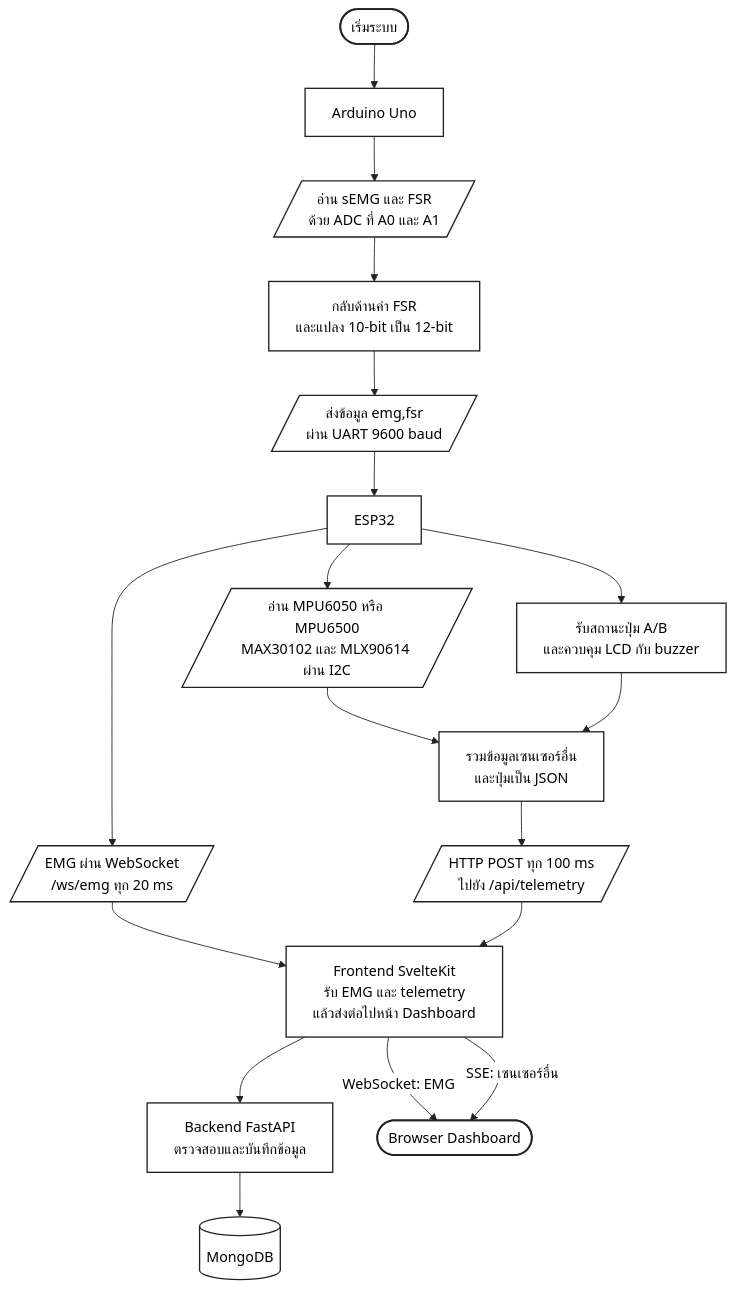
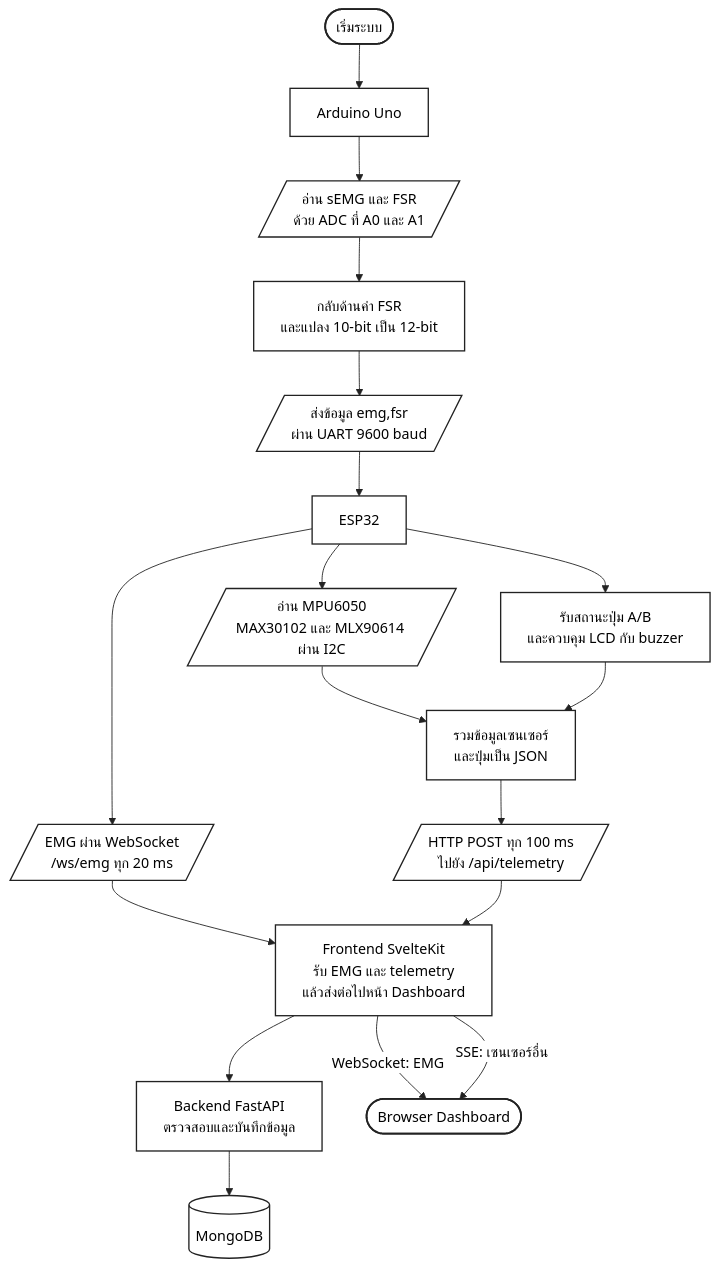
The first of 3 diagrams in report/flowchart.md (Fishcanwalk/muscle-activity-analyzer), drawn with Mermaid before and after one commit. The commit also changed other lines of this file, not shown here.

Commit message:
docs: update flowchart diagram in report

````diff
--- a/report/flowchart.md
+++ b/report/flowchart.md
@@ -14,44 +14,44 @@
 ```mermaid
 %%{init: {"theme":"base", "themeVariables": {"background":"#ffffff", "primaryColor":"#ffffff", "primaryTextColor":"#000000", "primaryBorderColor":"#222222", "lineColor":"#222222", "secondaryColor":"#ffffff", "tertiaryColor":"#ffffff", "fontFamily":"Arial"}}}%%
 flowchart TD
     Start([เริ่มระบบ])
     Uno[Arduino Uno]
     ReadAnalog[/อ่าน sEMG และ FSR<br/>ด้วย ADC ที่ A0 และ A1/]
     Scale[กลับด้านค่า FSR<br/>และแปลง 10-bit เป็น 12-bit]
     UART[/ส่งข้อมูล emg,fsr<br/>ผ่าน UART 9600 baud/]
     ESP[ESP32]
-    ReadI2C[/อ่าน MPU6050 หรือ MPU6500<br/>MAX30102 และ MLX90614 ผ่าน I2C/]
+    ReadI2C[/อ่าน MPU6050<br/>MAX30102 และ MLX90614 ผ่าน I2C/]
     Inputs[รับสถานะปุ่ม A/B<br/>และควบคุม LCD กับ buzzer]
     EmgWS[/"EMG ผ่าน WebSocket<br/>/ws/emg ทุก 20 ms"/]
-    Telemetry[รวมข้อมูลเซนเซอร์อื่น<br/>และปุ่มเป็น JSON]
+    Telemetry[รวมข้อมูลเซนเซอร์<br/>และปุ่มเป็น JSON]
     HTTP[/"HTTP POST ทุก 100 ms<br/>ไปยัง /api/telemetry"/]
     Web[Frontend SvelteKit<br/>รับ EMG และ telemetry<br/>แล้วส่งต่อไปหน้า Dashboard]
     Backend[Backend FastAPI<br/>ตรวจสอบและบันทึกข้อมูล]
     Mongo[(MongoDB)]
     Browser([Browser Dashboard])
 
     Start --> Uno
     Uno --> ReadAnalog
     ReadAnalog --> Scale
     Scale --> UART
     UART --> ESP
     ESP --> ReadI2C
     ESP --> Inputs
     ReadI2C --> Telemetry
     Inputs --> Telemetry
     ESP --> EmgWS
     EmgWS --> Web
     Telemetry --> HTTP
     HTTP --> Web
     Web --> Backend
     Backend --> Mongo
     Web -->|WebSocket: EMG| Browser
     Web -->|SSE: เซนเซอร์อื่น| Browser
 
     classDef base fill:#ffffff,stroke:#222222,stroke-width:1.5px,color:#000000;
     classDef startend fill:#ffffff,stroke:#222222,stroke-width:2px,color:#000000;
     classDef io fill:#ffffff,stroke:#222222,stroke-width:1.5px,color:#000000;
     class Start,Browser startend;
     class ReadAnalog,UART,ReadI2C,EmgWS,HTTP io;
     class Uno,Scale,ESP,Inputs,Telemetry,Web,Backend,Mongo base;
 ```
````
